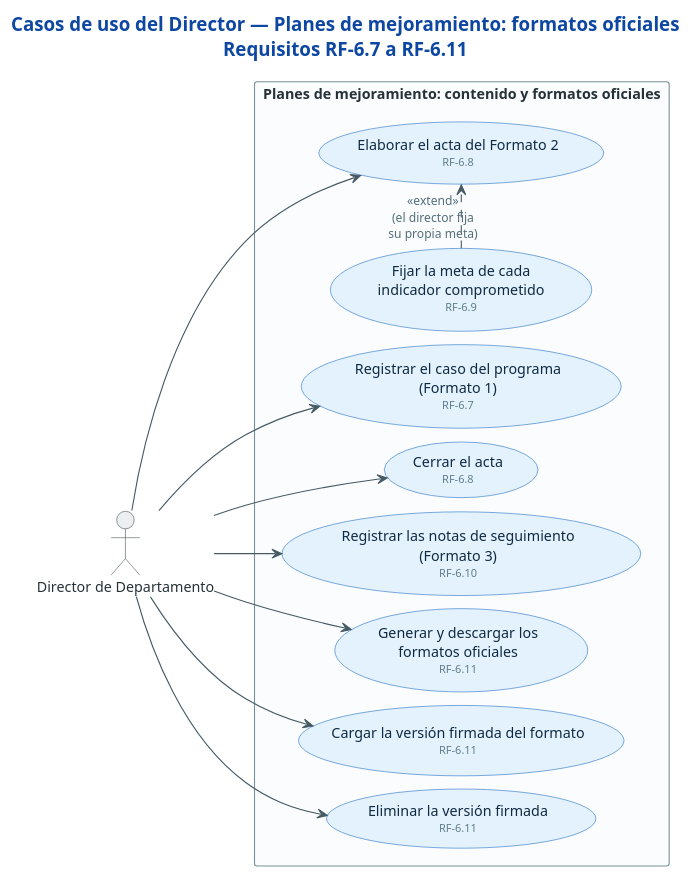
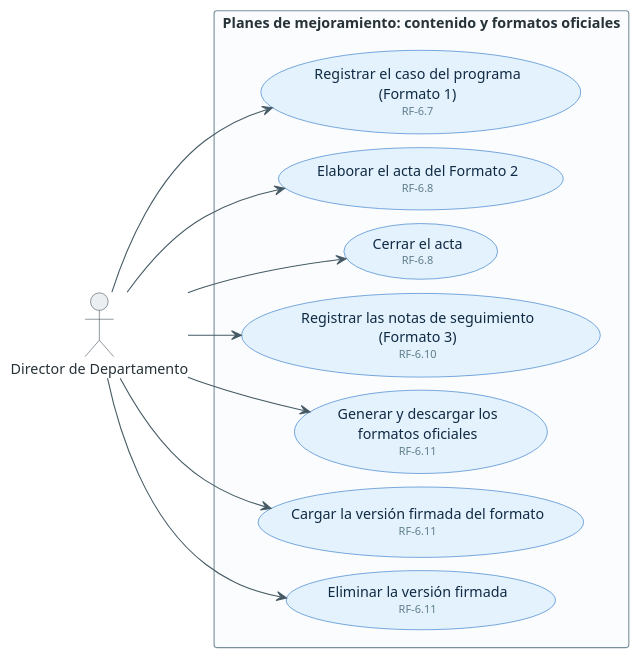
The diagram in docs/casos-de-uso/11-director-planes-formatos.puml (sistema-evaluacion-docente/api.evd), drawn with PlantUML before and after one commit. The commit also changed 44 other files, not shown here.

First line of the commit message:
feat: add script to render use case diagrams to PDF

```diff
--- a/docs/casos-de-uso/11-director-planes-formatos.puml
+++ b/docs/casos-de-uso/11-director-planes-formatos.puml
@@ -1,61 +1,56 @@
 @startuml cu-11-director-planes-formatos
 ' =============================================================================
 ' Sistema de Evaluación Docente (SET) — UFPS
 ' Fuente: Tabla 36 (actores) y Tabla 37 (requisitos funcionales) del documento de
 '         tesis, con la implementación de DistilUmbert-back y DistilUmbert-front.
 ' =============================================================================
-title Casos de uso del Director — Planes de mejoramiento: formatos oficiales\nRequisitos RF-6.7 a RF-6.11
-
 left to right direction
 
 skinparam backgroundColor #FFFFFF
 skinparam shadowing false
 skinparam defaultFontSize 13
 skinparam TitleFontSize 17
 skinparam TitleFontColor #0D47A1
 skinparam ArrowColor #455A64
 skinparam ArrowFontColor #546E7A
 skinparam ArrowFontSize 11
 skinparam nodesep 12
 skinparam ranksep 40
 skinparam actor {
   BackgroundColor #ECEFF1
   BorderColor #37474F
   FontColor #263238
 }
 skinparam usecase {
   BackgroundColor #E3F2FD
   BorderColor #1565C0
   FontColor #102A43
 }
 skinparam rectangle {
   BackgroundColor #FAFCFD
   BorderColor #78909C
   FontColor #263238
   FontStyle bold
 }
 
 actor "Director de Departamento" as DIR
 
 rectangle "Planes de mejoramiento: contenido y formatos oficiales" {
   usecase "Registrar el caso del programa\n(Formato 1)\n<size:10><color:#607D8B>RF-6.7</color></size>" as D44
   usecase "Elaborar el acta del Formato 2\n<size:10><color:#607D8B>RF-6.8</color></size>" as D45
   usecase "Cerrar el acta\n<size:10><color:#607D8B>RF-6.8</color></size>" as D46
   usecase "Registrar las notas de seguimiento\n(Formato 3)\n<size:10><color:#607D8B>RF-6.10</color></size>" as D47
   usecase "Generar y descargar los\nformatos oficiales\n<size:10><color:#607D8B>RF-6.11</color></size>" as D48
   usecase "Cargar la versión firmada del formato\n<size:10><color:#607D8B>RF-6.11</color></size>" as D49
   usecase "Eliminar la versión firmada\n<size:10><color:#607D8B>RF-6.11</color></size>" as D50
-  usecase "Fijar la meta de cada\nindicador comprometido\n<size:10><color:#607D8B>RF-6.9</color></size>" as D61
 }
 
 DIR --> D44
 DIR --> D45
 DIR --> D46
 DIR --> D47
 DIR --> D48
 DIR --> D49
 DIR --> D50
 
-D61 .> D45 : <<extend>>\n(el director fija\nsu propia meta)
-
 @enduml
```
